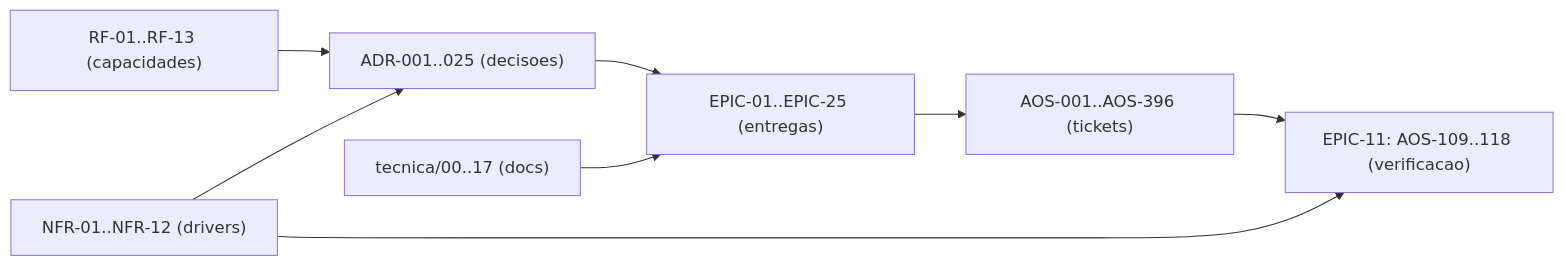
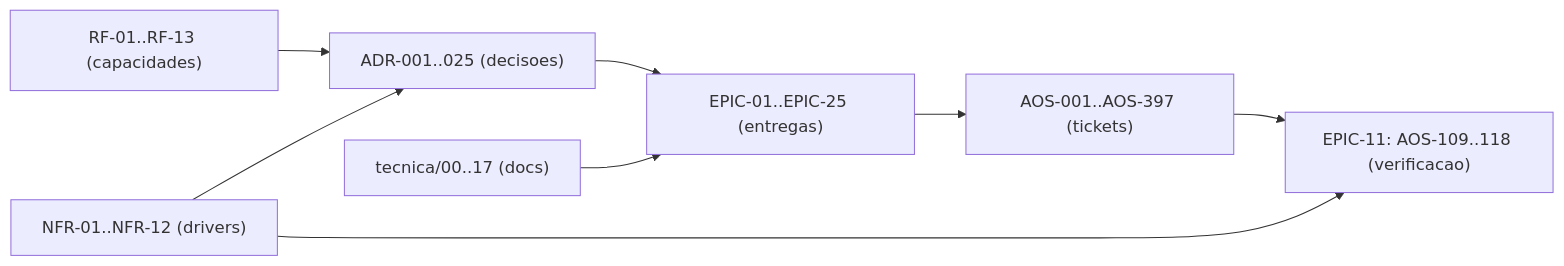
The diagram in tecnica/16_Rastreabilidade_RTM.md (albinoJimy/aos), drawn with Mermaid before and after one commit. The commit also changed other lines of this file and 22 other files, not shown here.

````diff
--- a/tecnica/16_Rastreabilidade_RTM.md
+++ b/tecnica/16_Rastreabilidade_RTM.md
@@ -183,10 +183,10 @@
 ```mermaid
 flowchart LR
     RF["RF-01..RF-13 (capacidades)"] --> ADR["ADR-001..025 (decisoes)"]
     NFR["NFR-01..NFR-12 (drivers)"] --> ADR
     ADR --> EPIC["EPIC-01..EPIC-25 (entregas)"]
-    EPIC --> TICK["AOS-001..AOS-396 (tickets)"]
+    EPIC --> TICK["AOS-001..AOS-397 (tickets)"]
     DOC["tecnica/00..17 (docs)"] --> EPIC
     TICK --> TEST["EPIC-11: AOS-109..118 (verificacao)"]
     NFR --> TEST
 ```
````
